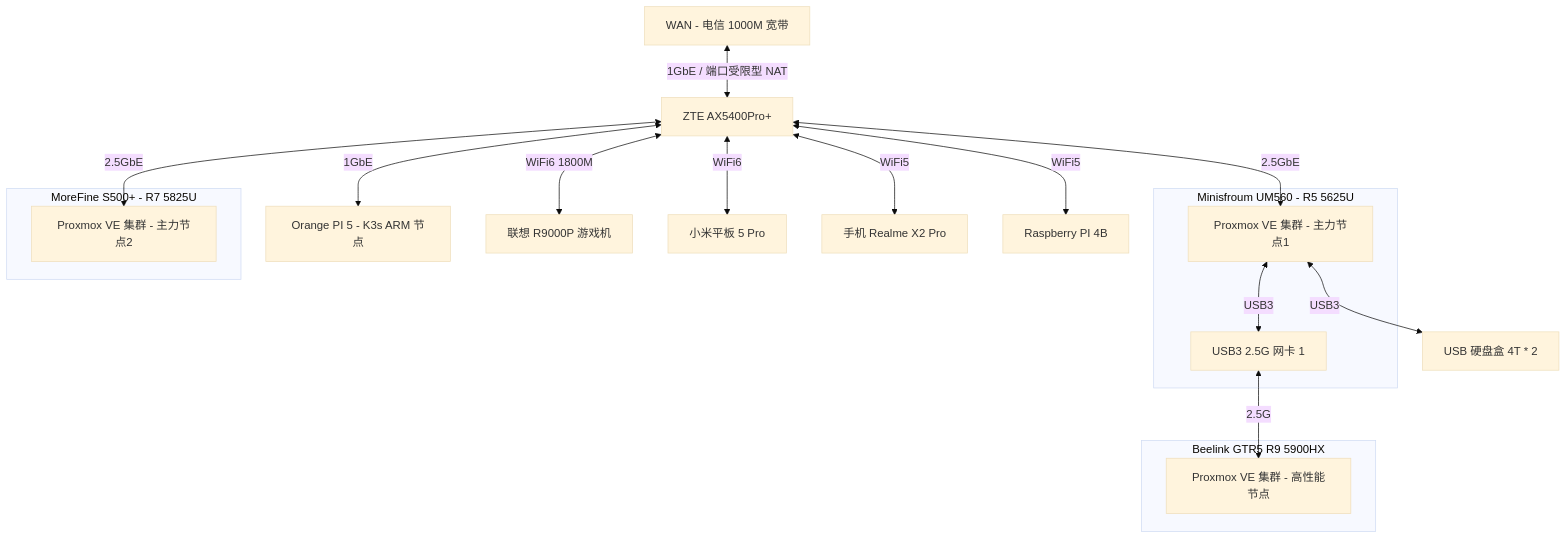
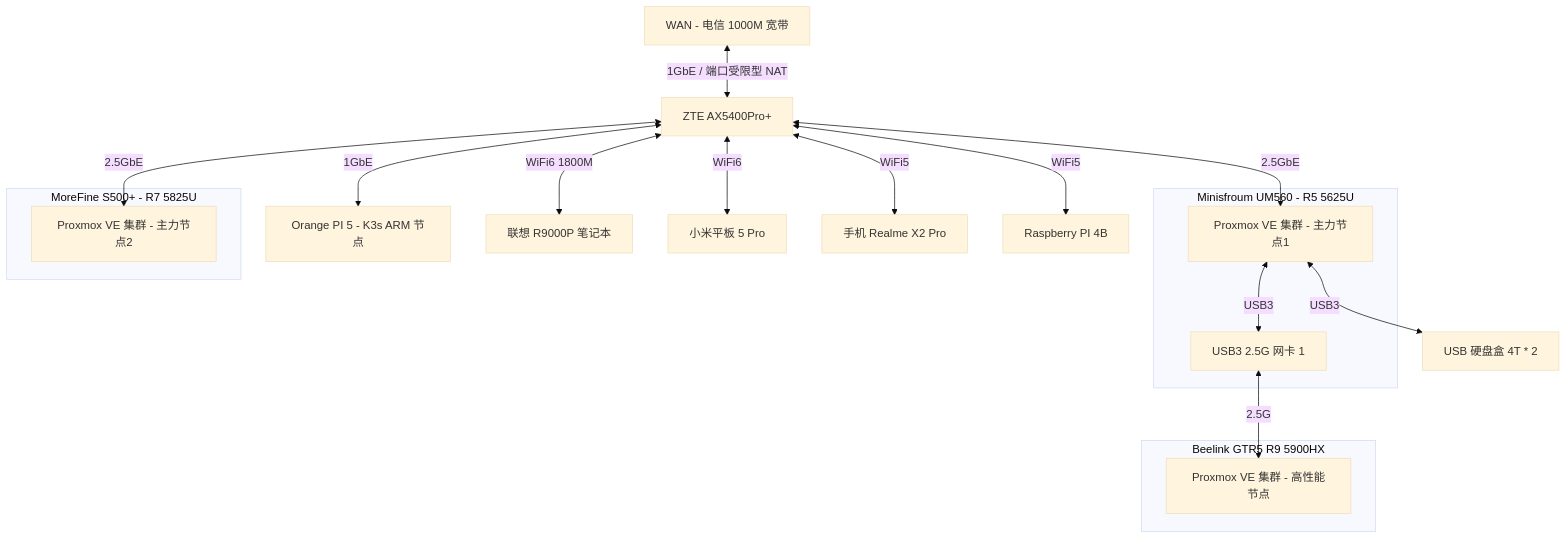
The diagram in homelab/README.md (ryan4yin/knowledge), drawn with Mermaid (base theme) before and after one commit. The commit also changed other lines of this file and 3 other files, not shown here.

````diff
--- a/homelab/README.md
+++ b/homelab/README.md
@@ -25,29 +26,29 @@
 ```mermaid
 graph TD
   WAN[WAN - 电信 1000M 宽带] <-- 1GbE / 端口受限型 NAT -->edge_router
 	edge_router <-- 2.5GbE --> PVE-Node2
   edge_router[ZTE AX5400Pro+] <-- 2.5GbE --> PVE-Node1
 
 	edge_router <-- 1GbE --> orangepi5[Orange PI 5 - K3s ARM 节点]
-  edge_router <-- WiFi6 1800M --> R9000P[联想 R9000P 游戏机]
+  edge_router <-- WiFi6 1800M --> R9000P[联想 R9000P 笔记本]
   edge_router <-- WiFi6 --> android_pad1[小米平板 5 Pro]
   edge_router <-- WiFi5 --> android1[手机 Realme X2 Pro]
 	edge_router <-- WiFi5 --> raspberrypi[Raspberry PI 4B]
 
 	subgraph PVE-node1[Minisfroum UM560 - R5 5625U]
     PVE-Node1[Proxmox VE 集群 - 主力节点1]
     PVE-Node1 <-- USB3 --> USB-NIC1[USB3 2.5G 网卡 1]
 	end
   
   PVE-Node1 <-- USB3 --> USB-Storage1[USB 硬盘盒 4T * 2]
 	USB-NIC1 <-- 2.5G --> PVE-Node3
 	
 	subgraph PVE-node2[MoreFine S500+ - R7 5825U]
     PVE-Node2[Proxmox VE 集群 - 主力节点2]
 	end
 
 	subgraph PVE-node3[Beelink GTR5 R9 5900HX]
     PVE-Node3[Proxmox VE 集群 - 高性能节点]
 	end
 
 ```
````
